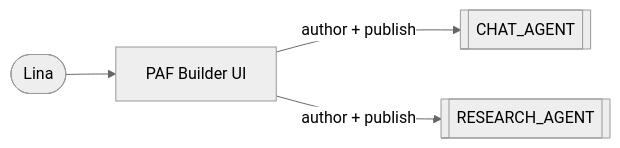
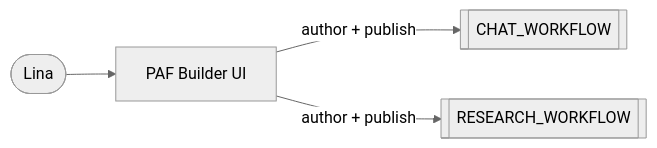
The first of 4 diagrams in README.md (vmleon/oracle-database-private-agent-factory-poc), drawn with Mermaid (neutral theme) before and after one commit. The commit also changed other lines of this file and 15 other files, not shown here.

Commit message:
feat(chat_workflow): split into evaluation + recommendation agents

````diff
--- a/README.md
+++ b/README.md
@@ -27,10 +27,10 @@
 ```mermaid
 flowchart LR
     lina(["Lina"])
     pafui["PAF Builder UI"]
-    chat[["CHAT_AGENT"]]
-    research[["RESEARCH_AGENT"]]
+    chat[["CHAT_WORKFLOW"]]
+    research[["RESEARCH_WORKFLOW"]]
     lina --> pafui
     pafui -->|"author + publish"| chat
     pafui -->|"author + publish"| research
 ```
````
